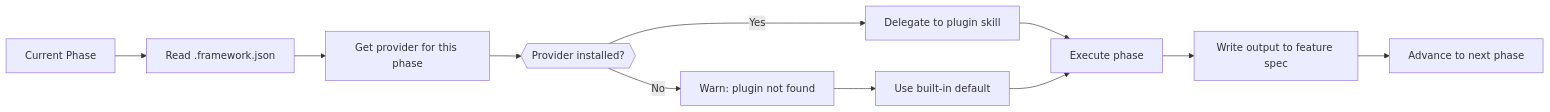
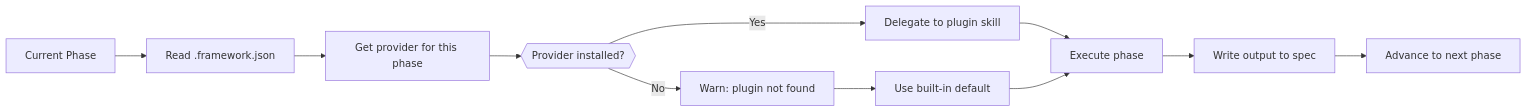
One commit to LennardZuendorf/vibe changed the seventh of 11 diagrams in .spec/product-design.md. Above: the diagram before and after it, drawn with Mermaid. The commit also changed other lines of this file and 1 other file, not shown here.

First line of the commit message:
update: Design Cluster as project bootstrap, Implementation Cluster per-feature

````diff
--- a/.spec/product-design.md
+++ b/.spec/product-design.md
@@ -281,13 +343,13 @@
 ```mermaid
 flowchart LR
     PHASE["Current Phase"] --> READ_CONFIG["Read .framework.json"]
     READ_CONFIG --> GET_PROVIDER["Get provider for this phase"]
     GET_PROVIDER --> CHECK{{"Provider installed?"}}
     CHECK -->|Yes| DELEGATE["Delegate to plugin skill"]
     CHECK -->|No| WARN["Warn: plugin not found"]
     WARN --> FALLBACK["Use built-in default"]
     DELEGATE --> EXECUTE["Execute phase"]
     FALLBACK --> EXECUTE
-    EXECUTE --> WRITE_SPEC["Write output to feature spec"]
+    EXECUTE --> WRITE_SPEC["Write output to spec"]
     WRITE_SPEC --> NEXT["Advance to next phase"]
 ```
````
